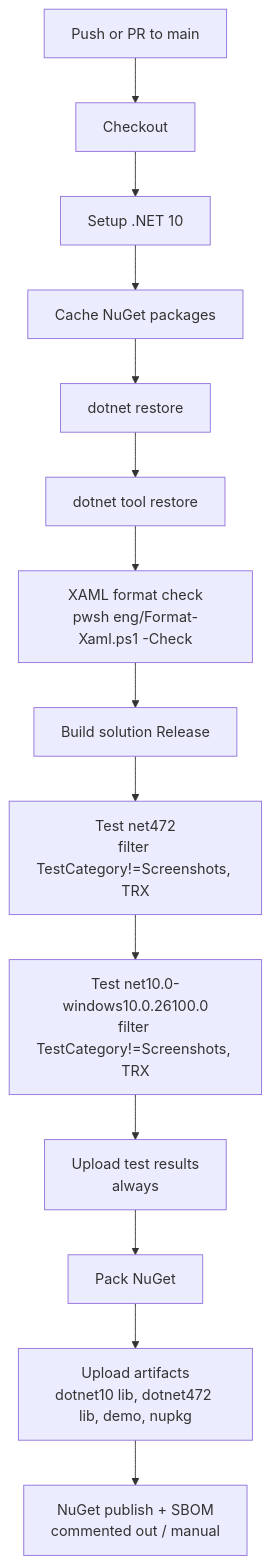
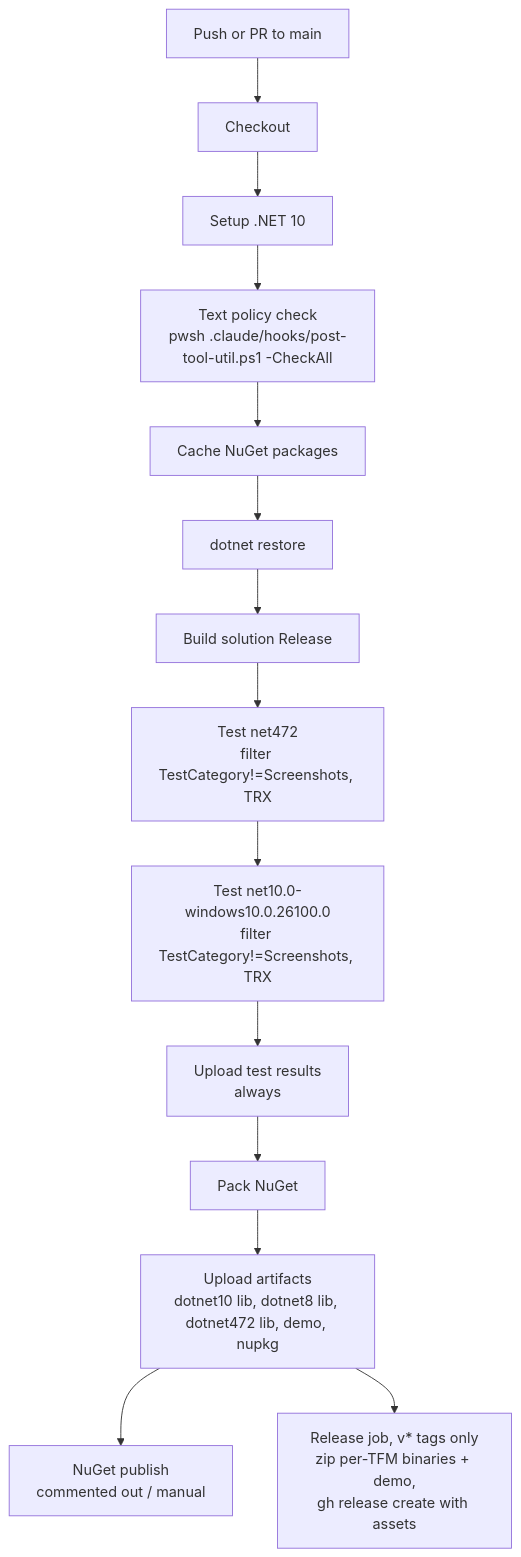
Before and after one commit to PSAppDeployToolkit/PSAppDeployToolkit: the diagram in AGENTS.md, drawn with Mermaid. The commit also changed other lines of this file and 396 other files, not shown here.

````diff
--- a/AGENTS.md
+++ b/AGENTS.md
@@ -297,16 +306,16 @@
 ```mermaid
 flowchart TD
     A[Push or PR to main] --> B[Checkout]
     B --> C[Setup .NET 10]
-    C --> D[Cache NuGet packages]
+    C --> G[Text policy check<br/>pwsh .claude/hooks/post-tool-util.ps1 -CheckAll]
+    G --> D[Cache NuGet packages]
     D --> E[dotnet restore]
-    E --> F[dotnet tool restore]
-    F --> G[XAML format check<br/>pwsh eng/Format-Xaml.ps1 -Check]
-    G --> H[Build solution Release]
+    E --> H[Build solution Release]
     H --> I[Test net472<br/>filter TestCategory!=Screenshots, TRX]
     I --> J[Test net10.0-windows10.0.26100.0<br/>filter TestCategory!=Screenshots, TRX]
     J --> K[Upload test results<br/>always]
     K --> L[Pack NuGet]
-    L --> M[Upload artifacts<br/>dotnet10 lib, dotnet472 lib, demo, nupkg]
-    M --> N[NuGet publish + SBOM<br/>commented out / manual]
+    L --> M[Upload artifacts<br/>dotnet10 lib, dotnet8 lib, dotnet472 lib, demo, nupkg]
+    M --> N[NuGet publish<br/>commented out / manual]
+    M --> R[Release job, v* tags only<br/>zip per-TFM binaries + demo,<br/>gh release create with assets]
 ```
````
